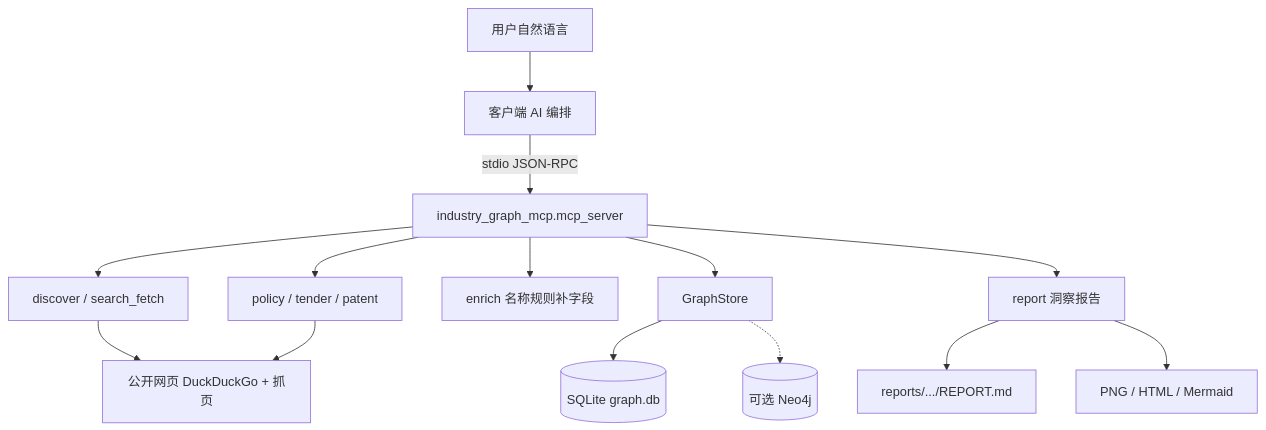
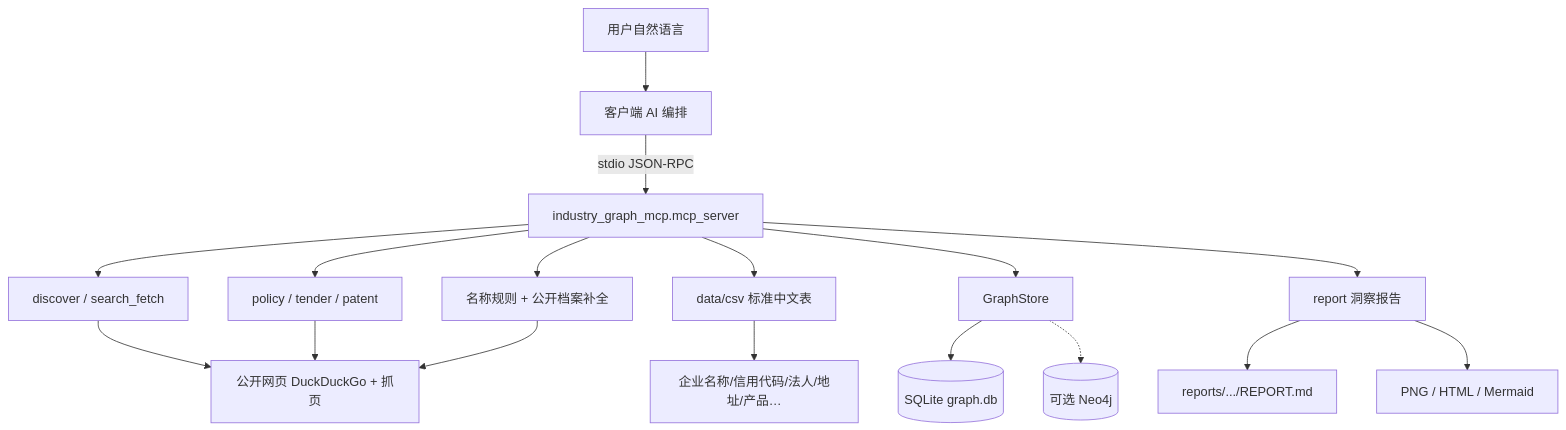
Before and after one commit to 192tt/industry-graph-mcp: the first of 9 diagrams in docs/全流程.md, drawn with Mermaid. The commit also changed other lines of this file and 11 other files, not shown here.

Commit message:
Publish industry graph MCP 0.6.0 and student collaboration guide

````diff
--- a/docs/全流程.md
+++ b/docs/全流程.md
@@ -12,16 +12,19 @@
 ```mermaid
 flowchart TB
   User[用户自然语言] --> Client[客户端 AI 编排]
   Client -->|stdio JSON-RPC| MCP[industry_graph_mcp.mcp_server]
   MCP --> Discover[discover / search_fetch]
   MCP --> Sources[policy / tender / patent]
-  MCP --> Enrich[enrich 名称规则补字段]
+  MCP --> Enrich[名称规则 + 公开档案补全]
+  MCP --> CSV[data/csv 标准中文表]
   MCP --> Store[GraphStore]
   MCP --> Report[report 洞察报告]
   Discover --> Web[公开网页 DuckDuckGo + 抓页]
   Sources --> Web
+  Enrich --> Web
   Store --> SQLite[(SQLite graph.db)]
   Store -.-> Neo4j[(可选 Neo4j)]
   Report --> MD[reports/.../REPORT.md]
   Report --> Assets[PNG / HTML / Mermaid]
+  CSV --> Table[企业名称/信用代码/法人/地址/产品…]
 ```
````
